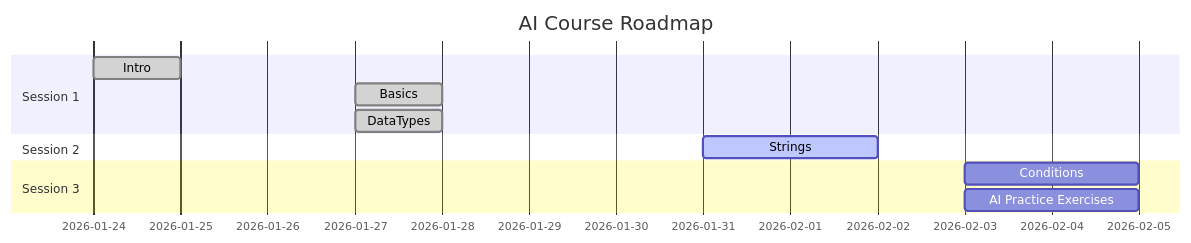
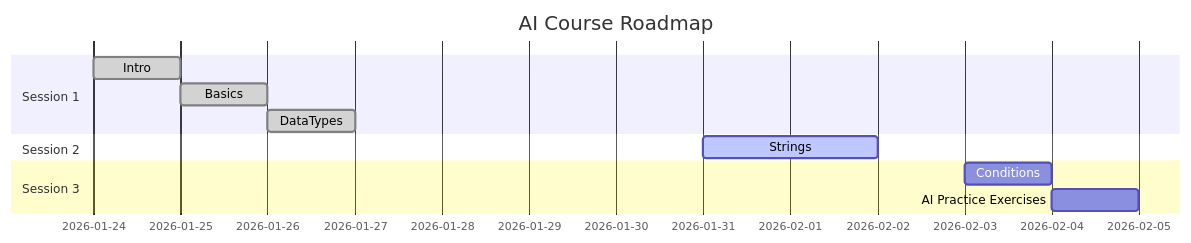
The diagram in README.md (AhmedSaad332/AI-Course), drawn with Mermaid before and after one commit. The commit also changed other lines of this file, not shown here.

`````diff
--- a/README.md
+++ b/README.md
@@ -13,17 +13,17 @@
 ```mermaid
 gantt
     title AI Course Roadmap
     dateFormat  YYYY-MM-DD
 
     section Session 1
     Intro                    :done, 2026-01-24, 1d
-    Basics                   :done, 2026-01-27, 1d
-    DataTypes                :done, 2026-01-27, 1d
+    Basics                   :done, 2026-01-25, 1d
+    DataTypes                :done, 2026-01-26, 1d
 
     section Session 2
     Strings                  :active, 2026-01-31, 2d
 
     section Session 3
-    Conditions               : 2026-02-03, 2d
-    AI Practice Exercises    : 2026-02-03, 2d
+    Conditions               : 2026-02-03, 1d
+    AI Practice Exercises    : 2026-02-04, 1d
 ````
`````
